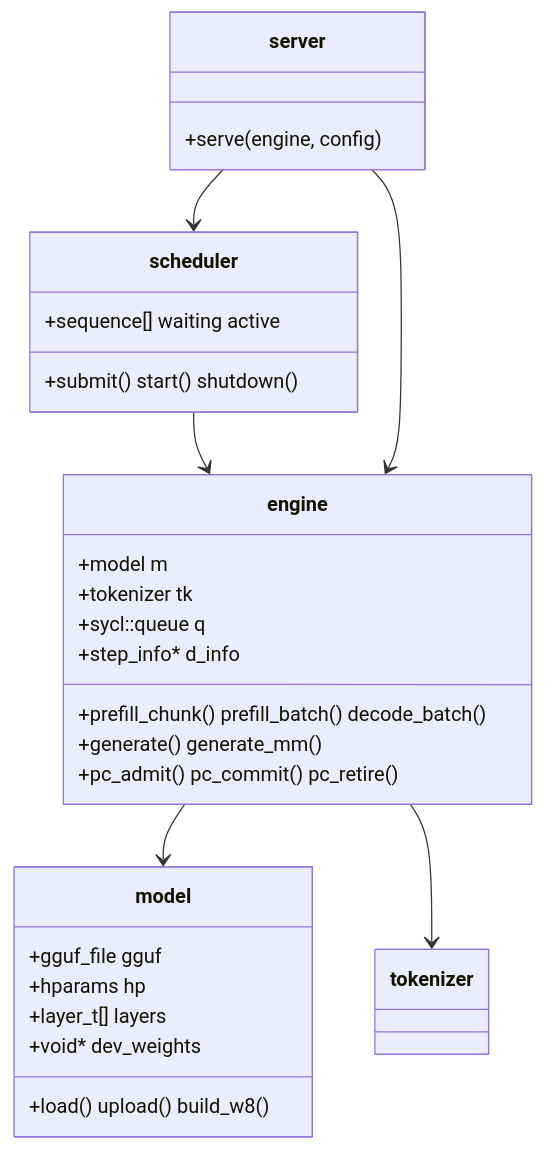
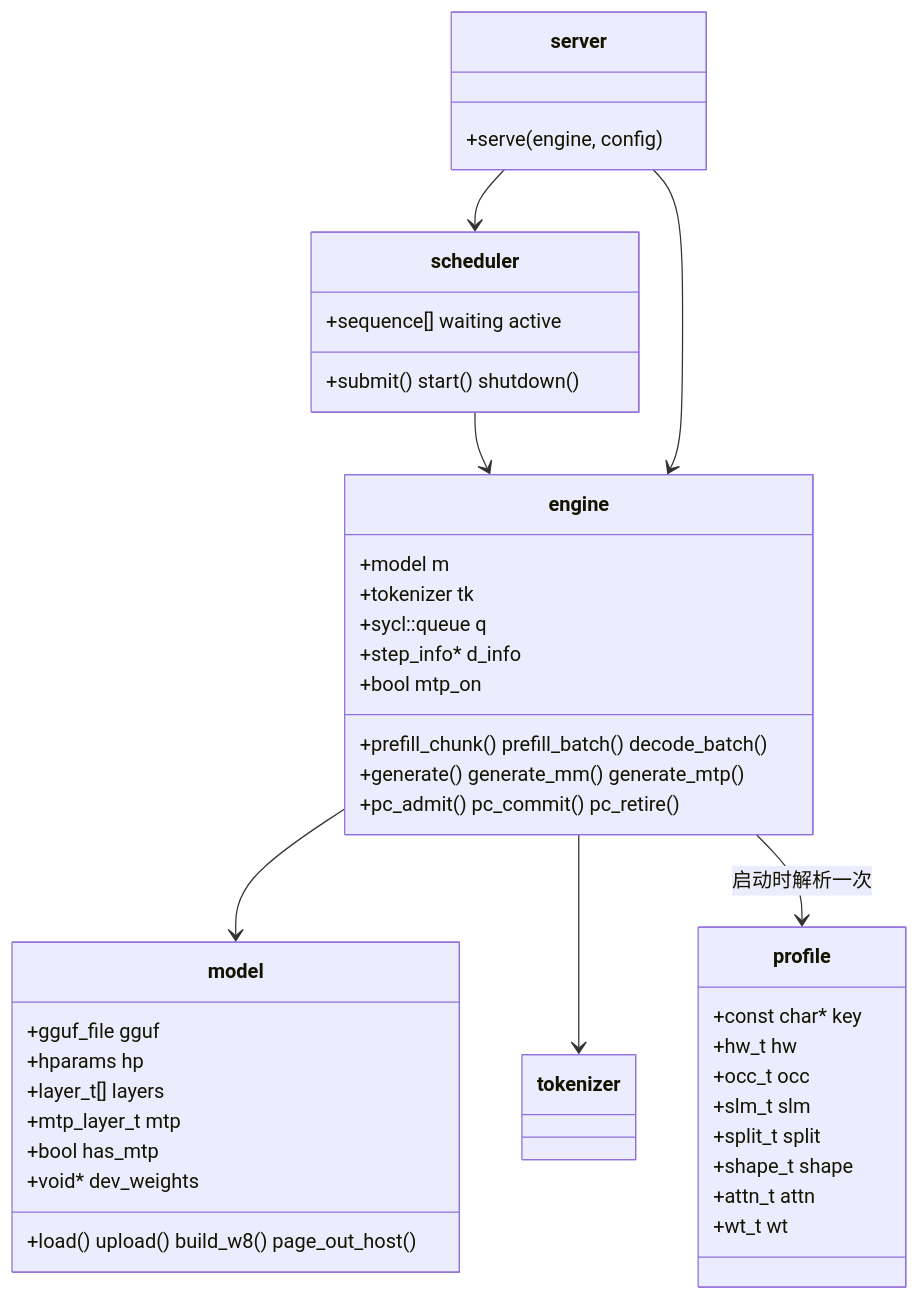
One commit to notsyncing/sycl-infer changed the second of 3 diagrams in docs/architecture.md. Above: the diagram before and after it, drawn with Mermaid. The commit also changed other lines of this file and 14 other files, not shown here.

````diff
--- a/docs/architecture.md
+++ b/docs/architecture.md
@@ -133,31 +167,45 @@
 ```mermaid
 classDiagram
     class engine {
         +model m
         +tokenizer tk
         +sycl::queue q
         +step_info* d_info
         +prefill_chunk() prefill_batch() decode_batch()
-        +generate() generate_mm()
+        +generate() generate_mm() generate_mtp()
         +pc_admit() pc_commit() pc_retire()
+        +bool mtp_on
     }
     class model {
         +gguf_file gguf
         +hparams hp
         +layer_t[] layers
+        +mtp_layer_t mtp
+        +bool has_mtp
         +void* dev_weights
-        +load() upload() build_w8()
+        +load() upload() build_w8() page_out_host()
+    }
+    class profile {
+        +const char* key
+        +hw_t hw
+        +occ_t occ
+        +slm_t slm
+        +split_t split
+        +shape_t shape
+        +attn_t attn
+        +wt_t wt
     }
     class scheduler {
         +sequence[] waiting active
         +submit() start() shutdown()
     }
     class server {
         +serve(engine, config)
     }
     engine --> model
     engine --> tokenizer
+    engine --> profile : 启动时解析一次
     scheduler --> engine
     server --> scheduler
     server --> engine
 ```
````
